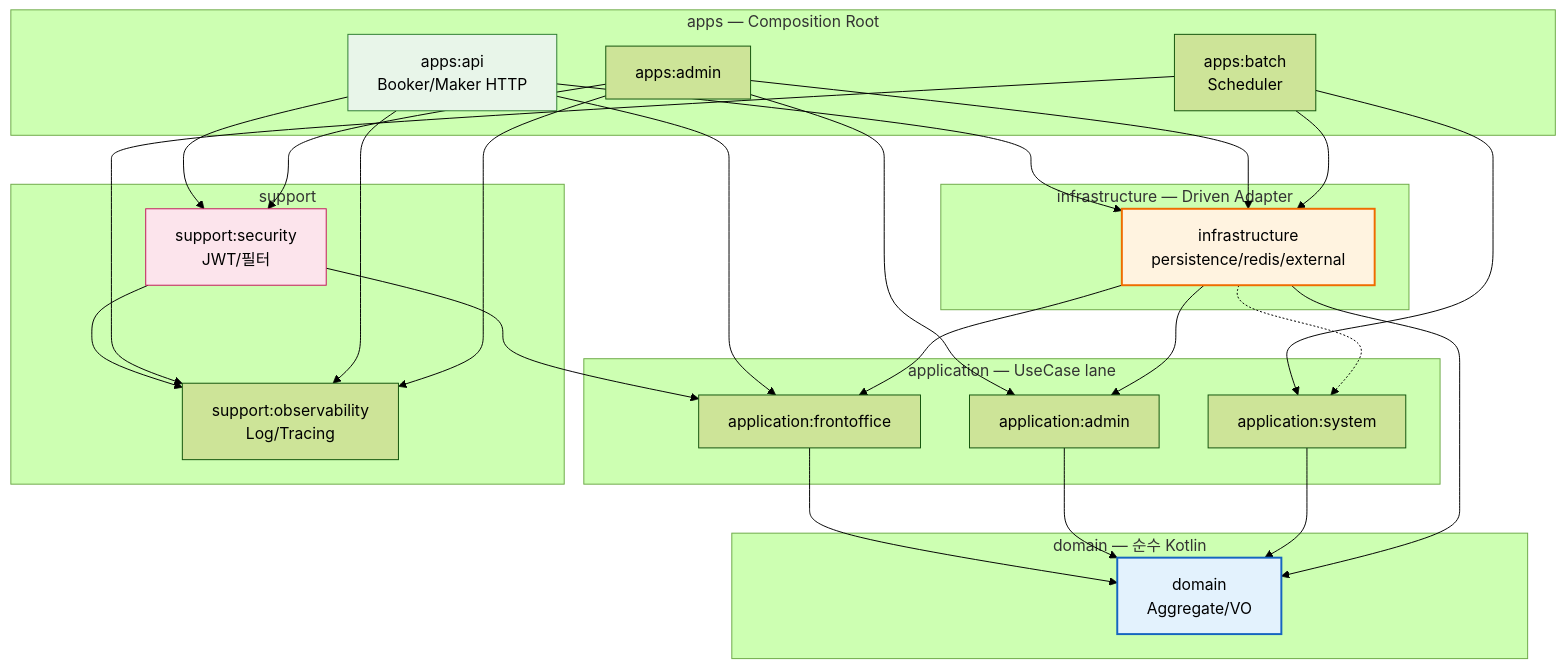
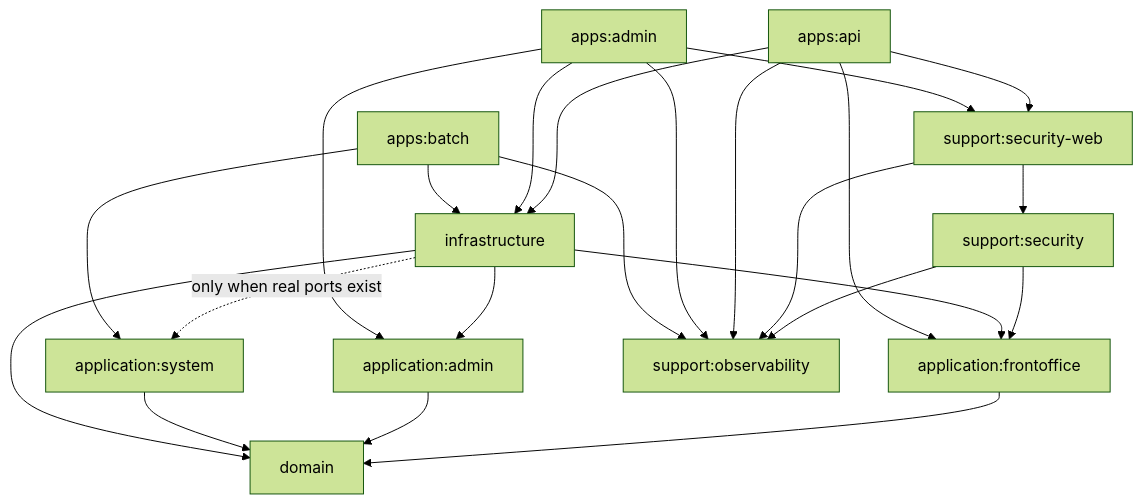
The diagram in docs/architecture/architecture.md (TEAM-BEAT/BEAT-SERVER), drawn with Mermaid (forest theme) before and after one commit. The commit also changed other lines of this file and 22 other files, not shown here.

First line of the commit message:
docs: promote BEAT-SERVER Architecture v4 as SSOT (11 modules freeze)

````diff
--- a/docs/architecture/architecture.md
+++ b/docs/architecture/architecture.md
@@ -82,49 +1140,47 @@
 ```mermaid
 flowchart TB
-    subgraph Runtime[apps — Composition Root]
-      api[apps:api<br/>Booker/Maker HTTP]
-      adminApi[apps:admin]
-      batch[apps:batch<br/>Scheduler]
-    end
-    subgraph Application[application — UseCase lane]
-      frontoffice[application:frontoffice]
-      adminApp[application:admin]
-      system[application:system]
-    end
-    subgraph Domain[domain — 순수 Kotlin]
-      dom[domain<br/>Aggregate/VO]
-    end
-    subgraph Infra[infrastructure — Driven Adapter]
-      infra[infrastructure<br/>persistence/redis/external]
-    end
-    subgraph Support[support]
-      sec[support:security<br/>JWT/필터]
-      obs[support:observability<br/>Log/Tracing]
-    end
+    D[domain]
 
-    api --> frontoffice
-    adminApi --> adminApp
-    batch --> system
-    frontoffice --> dom
-    adminApp --> dom
-    system --> dom
-    infra --> frontoffice
-    infra --> adminApp
-    infra -.-> system
-    infra --> dom
-    sec --> frontoffice
-    sec --> obs
-    api --> infra
-    adminApi --> infra
-    batch --> infra
-    api --> sec
-    adminApi --> sec
-    batch --> obs
-    api --> obs
-    adminApi --> obs
+    AF[application:frontoffice]
+    AA[application:admin]
+    AS[application:system]
 
-    style dom fill:#e3f2fd,stroke:#1565c0,stroke-width:2px
-    style infra fill:#fff3e0,stroke:#ef6c00,stroke-width:2px
-    style api fill:#e8f5e9,stroke:#2e7d32
-    style sec fill:#fce4ec,stroke:#c2185b
+    S[support:security]
+    SW[support:security-web]
+    O[support:observability]
+
+    I[infrastructure]
+
+    API[apps:api]
+    ADM[apps:admin]
+    BAT[apps:batch]
+
+    AF --> D
+    AA --> D
+    AS --> D
+
+    S --> AF
+    S --> O
+
+    SW --> S
+    SW --> O
+
+    I --> D
+    I --> AF
+    I --> AA
+    I -. only when real ports exist .-> AS
+
+    API --> AF
+    API --> I
+    API --> SW
+    API --> O
+
+    ADM --> AA
+    ADM --> I
+    ADM --> SW
+    ADM --> O
+
+    BAT --> AS
+    BAT --> I
+    BAT --> O
 ```
````
